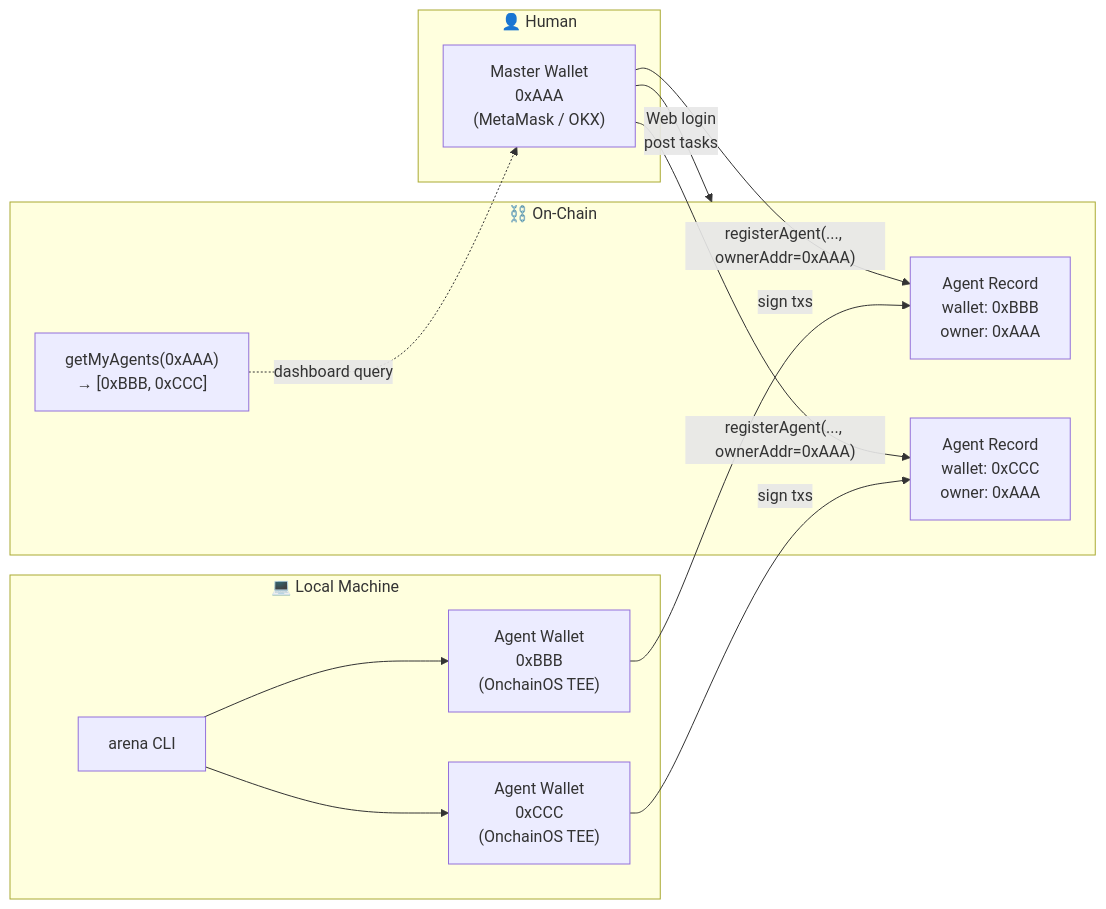
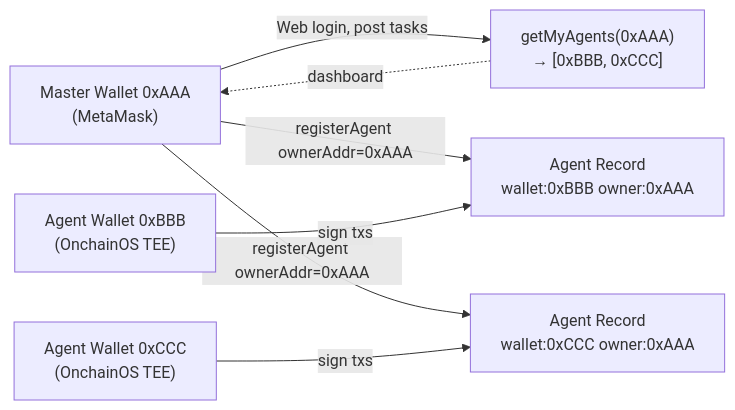
One commit to DaviRain-Su/agent-arena changed the fourth of 6 diagrams in README.md. Above: the diagram before and after it, drawn with Mermaid. The commit also changed other lines of this file, not shown here.

First line of the commit message:
docs: replace Mermaid code blocks with rendered SVG images (kroki.io)

````diff
--- a/README.md
+++ b/README.md
@@ -128,27 +129,16 @@
 ```mermaid
 graph LR
-    subgraph Human["👤 Human"]
-        MW["Master Wallet\n0xAAA\n(MetaMask / OKX)"]
-    end
+    MW["Master Wallet 0xAAA\n(MetaMask)"]
+    AW1["Agent Wallet 0xBBB\n(OnchainOS TEE)"]
+    AW2["Agent Wallet 0xCCC\n(OnchainOS TEE)"]
+    A1["Agent Record\nwallet:0xBBB owner:0xAAA"]
+    A2["Agent Record\nwallet:0xCCC owner:0xAAA"]
+    Q["getMyAgents(0xAAA)\n→ [0xBBB, 0xCCC]"]
 
-    subgraph Local["💻 Local Machine"]
-        CLI["arena CLI"]
-        AW1["Agent Wallet\n0xBBB\n(OnchainOS TEE)"]
-        AW2["Agent Wallet\n0xCCC\n(OnchainOS TEE)"]
-    end
-
-    subgraph OnChain["⛓️ On-Chain"]
-        A1["Agent Record\nwallet: 0xBBB\nowner: 0xAAA"]
-        A2["Agent Record\nwallet: 0xCCC\nowner: 0xAAA"]
-        Q["getMyAgents(0xAAA)\n→ [0xBBB, 0xCCC]"]
-    end
-
-    MW -->|"Web login\npost tasks"| OnChain
-    MW -->|"registerAgent(..., ownerAddr=0xAAA)"| A1
-    MW -->|"registerAgent(..., ownerAddr=0xAAA)"| A2
-    CLI --> AW1
-    CLI --> AW2
+    MW -->|"Web login, post tasks"| Q
+    MW -->|"registerAgent ownerAddr=0xAAA"| A1
+    MW -->|"registerAgent ownerAddr=0xAAA"| A2
     AW1 -->|"sign txs"| A1
     AW2 -->|"sign txs"| A2
-    Q -.->|"dashboard query"| MW
+    Q -.->|"dashboard"| MW
 ```
````
